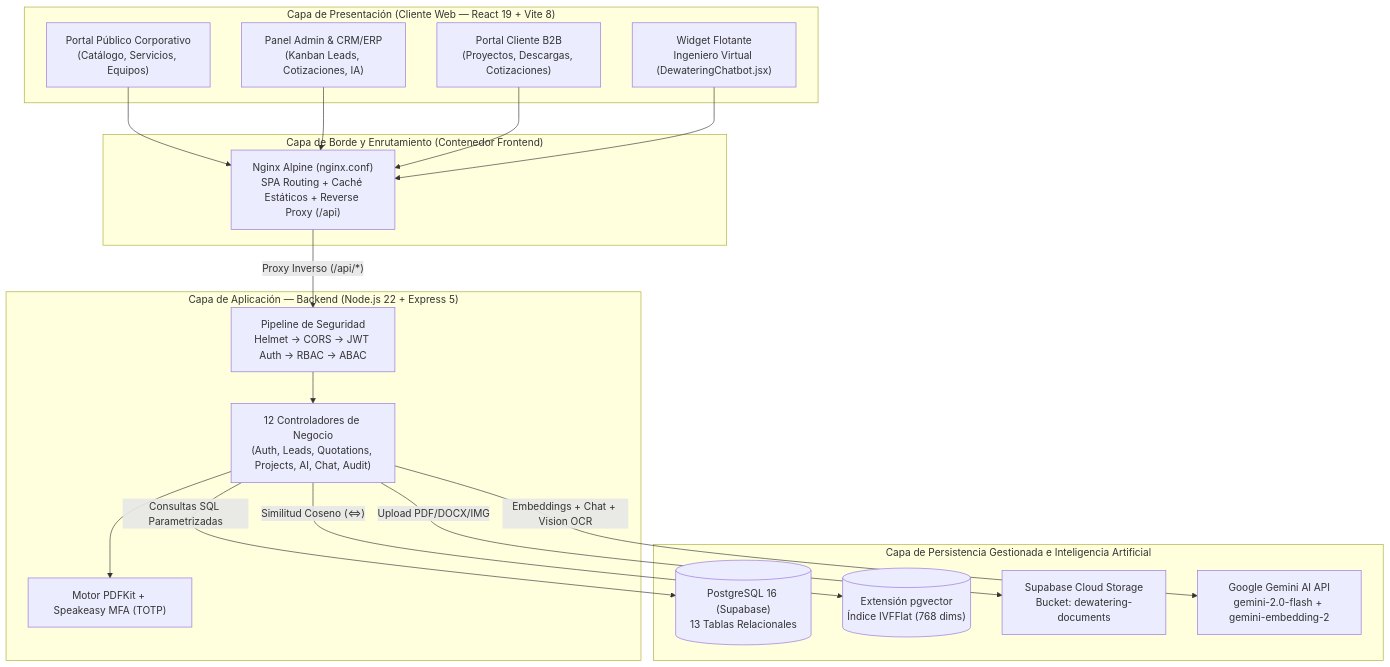
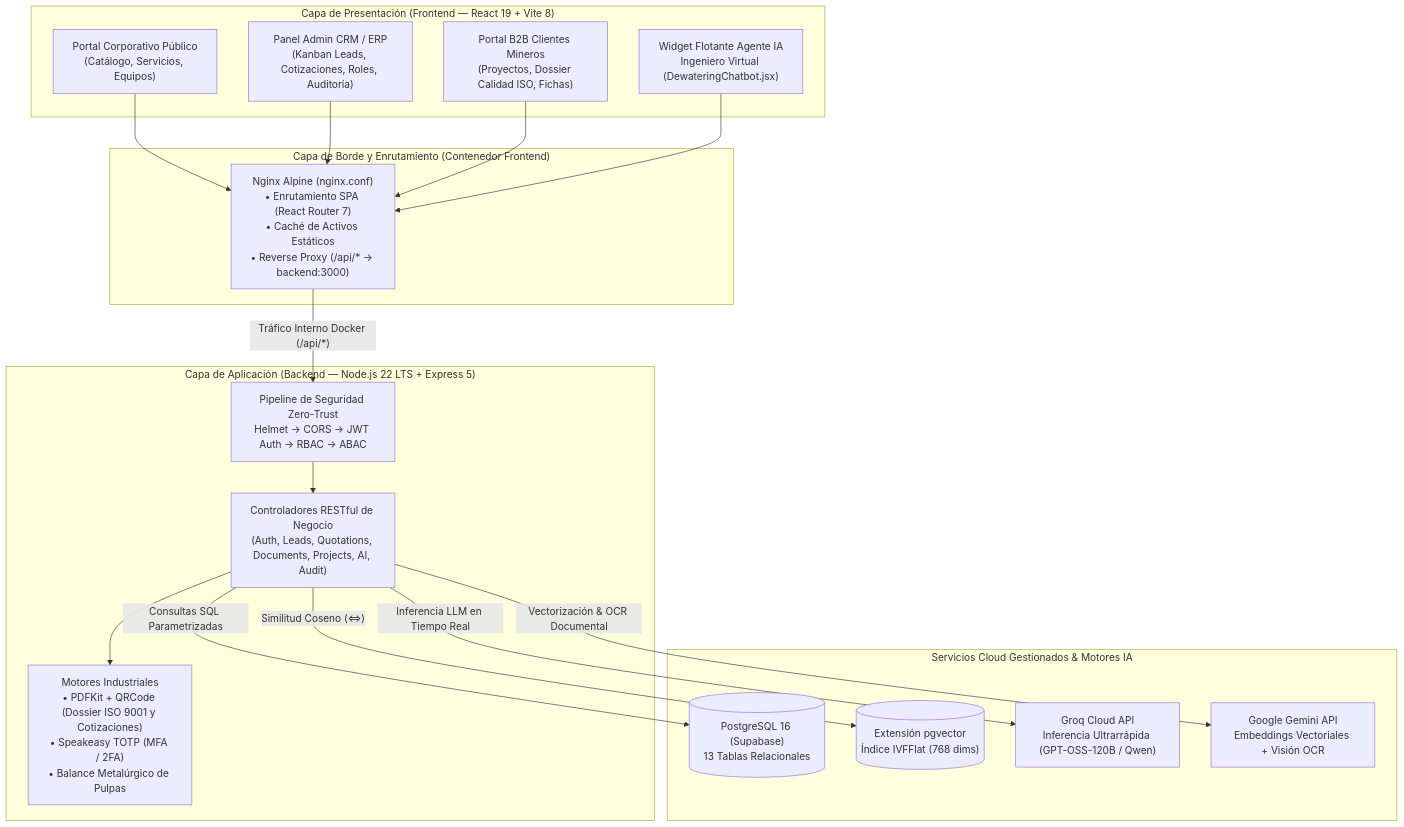
One commit to 0xhazroot/dewatering-solutions changed the first of 3 diagrams in README.md. Above: the diagram before and after it, drawn with Mermaid. The commit also changed other lines of this file, not shown here.

Commit message:
docs: update README with real AWS deployment, Groq AI engine, Dossier de Calidad, and clean obsolete references

````diff
--- a/README.md
+++ b/README.md
@@ -37,35 +49,35 @@
 ```mermaid
 flowchart TB
-    subgraph Client["Capa de Presentación (Cliente Web — React 19 + Vite 8)"]
-        PUB["Portal Público Corporativo<br/>(Catálogo, Servicios, Equipos)"]
-        CRM["Panel Admin & CRM/ERP<br/>(Kanban Leads, Cotizaciones, IA)"]
-        B2B["Portal Cliente B2B<br/>(Proyectos, Descargas, Cotizaciones)"]
-        BOT["Widget Flotante<br/>Ingeniero Virtual (DewateringChatbot.jsx)"]
+    subgraph Client["Capa de Presentación (Frontend — React 19 + Vite 8)"]
+        PUB["Portal Corporativo Público<br/>(Catálogo, Servicios, Equipos)"]
+        CRM["Panel Admin CRM / ERP<br/>(Kanban Leads, Cotizaciones, Roles, Auditoría)"]
+        B2B["Portal B2B Clientes Mineros<br/>(Proyectos, Dossier Calidad ISO, Fichas)"]
+        BOT["Widget Flotante Agente IA<br/>Ingeniero Virtual (DewateringChatbot.jsx)"]
     end
 
     subgraph Edge["Capa de Borde y Enrutamiento (Contenedor Frontend)"]
-        NGINX["Nginx Alpine (nginx.conf)<br/>SPA Routing + Caché Estáticos + Reverse Proxy (/api)"]
+        NGINX["Nginx Alpine (nginx.conf)<br/>• Enrutamiento SPA (React Router 7)<br/>• Caché de Activos Estáticos<br/>• Reverse Proxy (/api/* -> backend:3000)"]
     end
 
-    subgraph API["Capa de Aplicación — Backend (Node.js 22 + Express 5)"]
-        SEC["Pipeline de Seguridad<br/>Helmet -> CORS -> JWT Auth -> RBAC -> ABAC"]
-        CTRL["12 Controladores de Negocio<br/>(Auth, Leads, Quotations, Projects, AI, Chat, Audit)"]
-        PDF["Motor PDFKit + Speakeasy MFA (TOTP)"]
+    subgraph API["Capa de Aplicación (Backend — Node.js 22 LTS + Express 5)"]
+        SEC["Pipeline de Seguridad Zero-Trust<br/>Helmet -> CORS -> JWT Auth -> RBAC -> ABAC"]
+        CTRL["Controladores RESTful de Negocio<br/>(Auth, Leads, Quotations, Documents, Projects, AI, Audit)"]
+        ENG["Motores Industriales<br/>• PDFKit + QRCode (Dossier ISO 9001 y Cotizaciones)<br/>• Speakeasy TOTP (MFA / 2FA)<br/>• Balance Metalúrgico de Pulpas"]
     end
 
-    subgraph Data["Capa de Persistencia Gestionada e Inteligencia Artificial"]
+    subgraph External["Servicios Cloud Gestionados & Motores IA"]
         PG[("PostgreSQL 16 (Supabase)<br/>13 Tablas Relacionales")]
         VEC[("Extensión pgvector<br/>Índice IVFFlat (768 dims)")]
-        STR["Supabase Cloud Storage<br/>Bucket: dewatering-documents"]
-        GEM["Google Gemini AI API<br/>gemini-2.0-flash + gemini-embedding-2"]
+        GROQ["Groq Cloud API<br/>Inferencia Ultrarrápida (GPT-OSS-120B / Qwen)"]
+        GEM["Google Gemini API<br/>Embeddings Vectoriales + Visión OCR"]
     end
 
     PUB & CRM & B2B & BOT --> NGINX
-    NGINX -->|"Proxy Inverso (/api/*)"| SEC
+    NGINX -->|"Tráfico Interno Docker (/api/*)"| SEC
     SEC --> CTRL
-    CTRL --> PDF
+    CTRL --> ENG
     CTRL -->|"Consultas SQL Parametrizadas"| PG
     CTRL -->|"Similitud Coseno (<=>)"| VEC
-    CTRL -->|"Upload PDF/DOCX/IMG"| STR
-    CTRL -->|"Embeddings + Chat + Vision OCR"| GEM
+    CTRL -->|"Inferencia LLM en Tiempo Real"| GROQ
+    CTRL -->|"Vectorización & OCR Documental"| GEM
 ```
````
